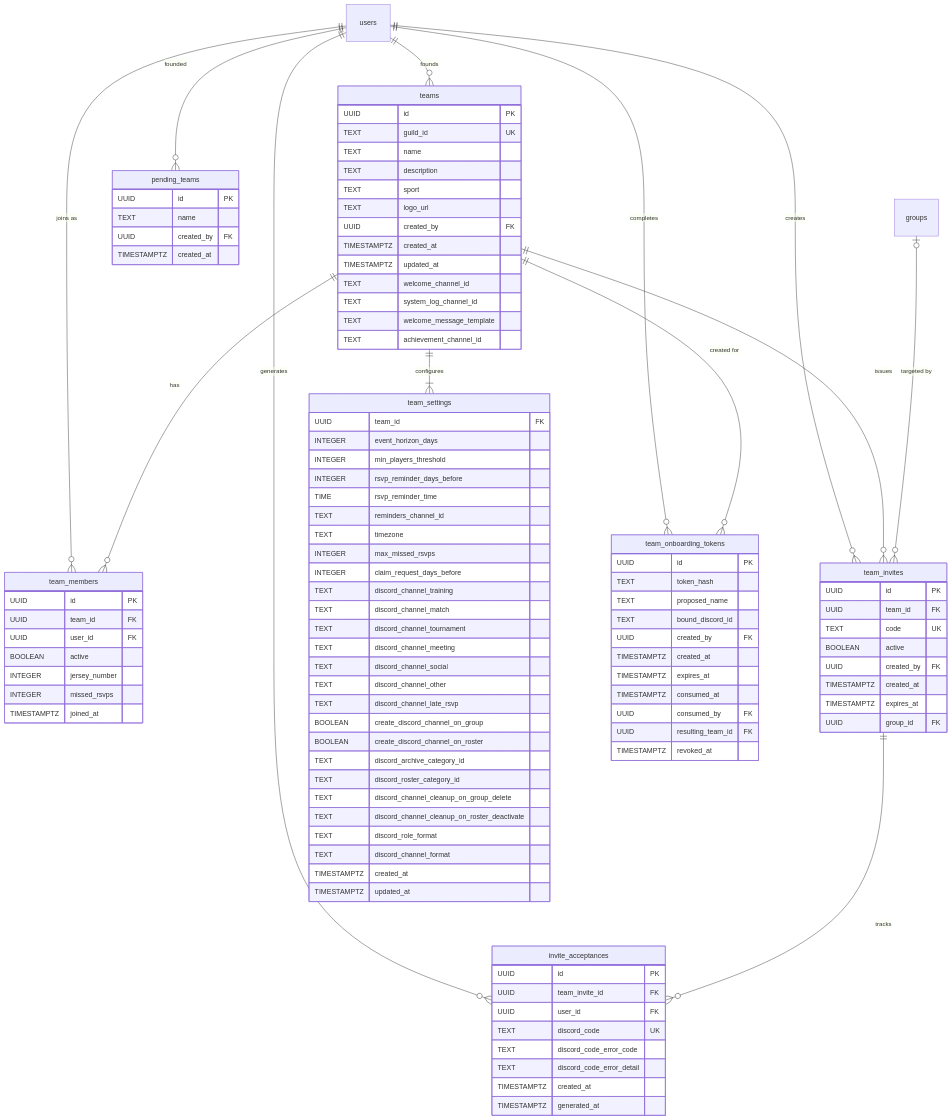
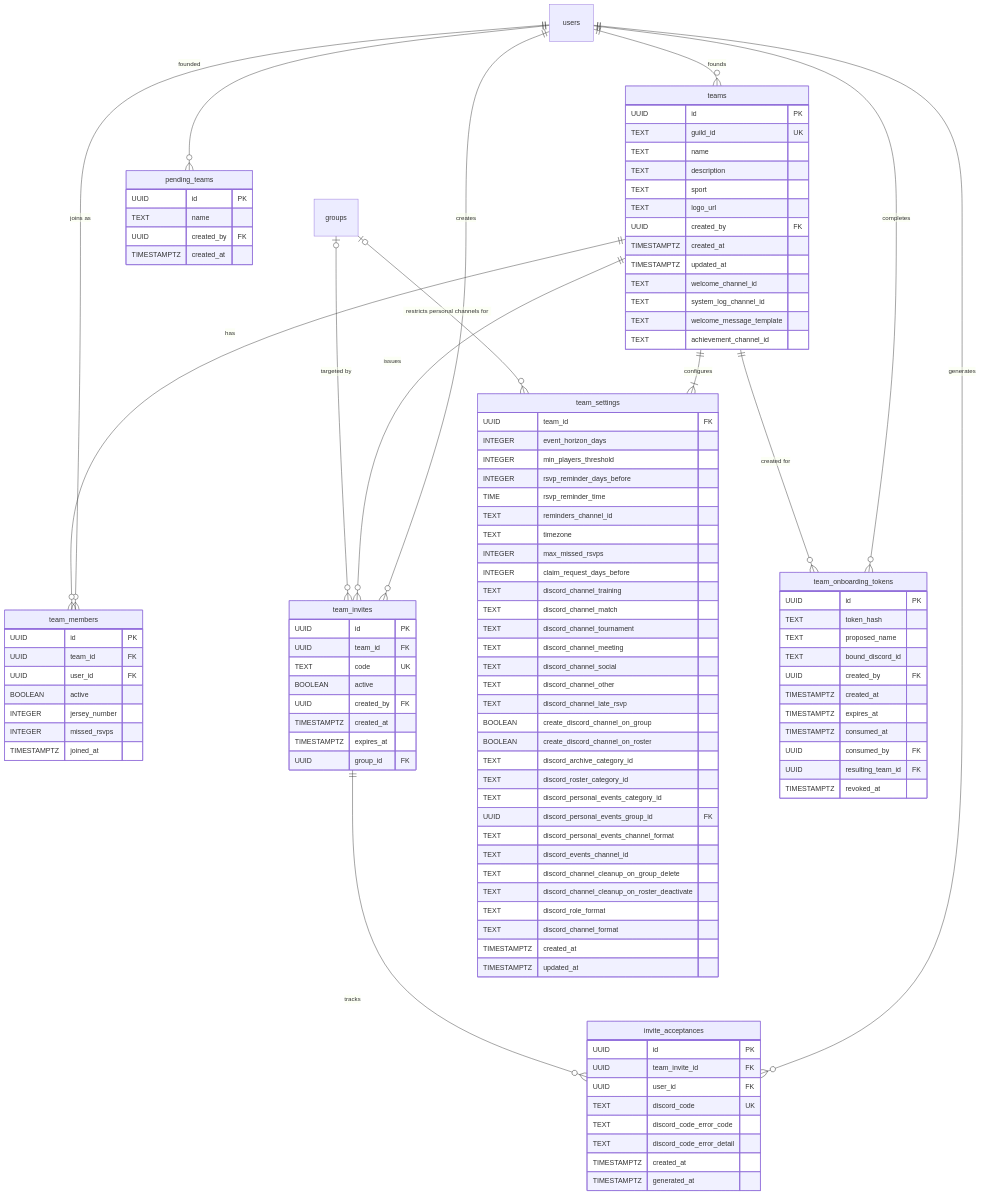
The third of 21 diagrams in docs/thesis/er-diagram.md (sideline-cz/sideline), drawn with Mermaid before and after one commit. The commit also changed other lines of this file and 156 other files, not shown here.

First line of the commit message:
feat: rework events overview into private per-member Discord channels (#449)

````diff
--- a/docs/thesis/er-diagram.md
+++ b/docs/thesis/er-diagram.md
@@ -293,6 +294,10 @@
         BOOLEAN create_discord_channel_on_roster
         TEXT discord_archive_category_id
         TEXT discord_roster_category_id
+        TEXT discord_personal_events_category_id
+        UUID discord_personal_events_group_id FK
+        TEXT discord_personal_events_channel_format
+        TEXT discord_events_channel_id
         TEXT discord_channel_cleanup_on_group_delete
         TEXT discord_channel_cleanup_on_roster_deactivate
         TEXT discord_role_format
@@ -333,5 +338,6 @@
     teams ||--|{ team_settings : "configures"
     teams ||--o{ team_onboarding_tokens : "created for"
     groups o|--o{ team_invites : "targeted by"
+    groups o|--o{ team_settings : "restricts personal channels for"
     team_invites ||--o{ invite_acceptances : "tracks"
 ```
````
